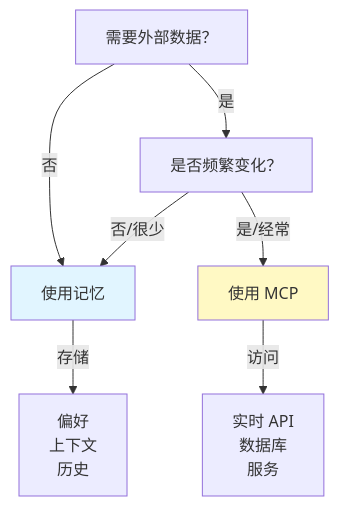
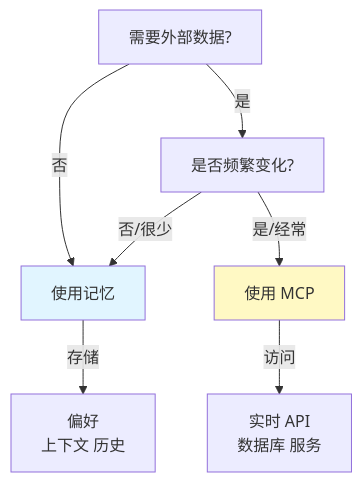
Diagram 15 of 31 in claude_concepts_guide.md (Rx782-Fss/claude-howto-zh), drawn with Mermaid before and after one commit. The commit also changed other lines of this file and 5 other files, not shown here.

Commit message:
fix: Mermaid 内全角括号/问号/emoji/<br/> 改为半角ASCII避免 GitHub 渲染失败

````diff
--- a/claude_concepts_guide.md
+++ b/claude_concepts_guide.md
@@ -1189,14 +1189,14 @@
 ```mermaid
 graph TD
-    A["需要外部数据？"]
+    A["需要外部数据?"]
     A -->|否| B["使用记忆"]
-    A -->|是| C["是否频繁变化？"]
+    A -->|是| C["是否频繁变化?"]
     C -->|否/很少| B
     C -->|是/经常| D["使用 MCP"]
 
-    B -->|存储| E["偏好<br/>上下文<br/>历史"]
-    D -->|访问| F["实时 API<br/>数据库<br/>服务"]
+    B -->|存储| E["偏好<br/>上下文 历史"]
+    D -->|访问| F["实时 API<br/>数据库 服务"]
 
     style B fill:#e1f5ff
     style D fill:#fff9c4
 ```
````
